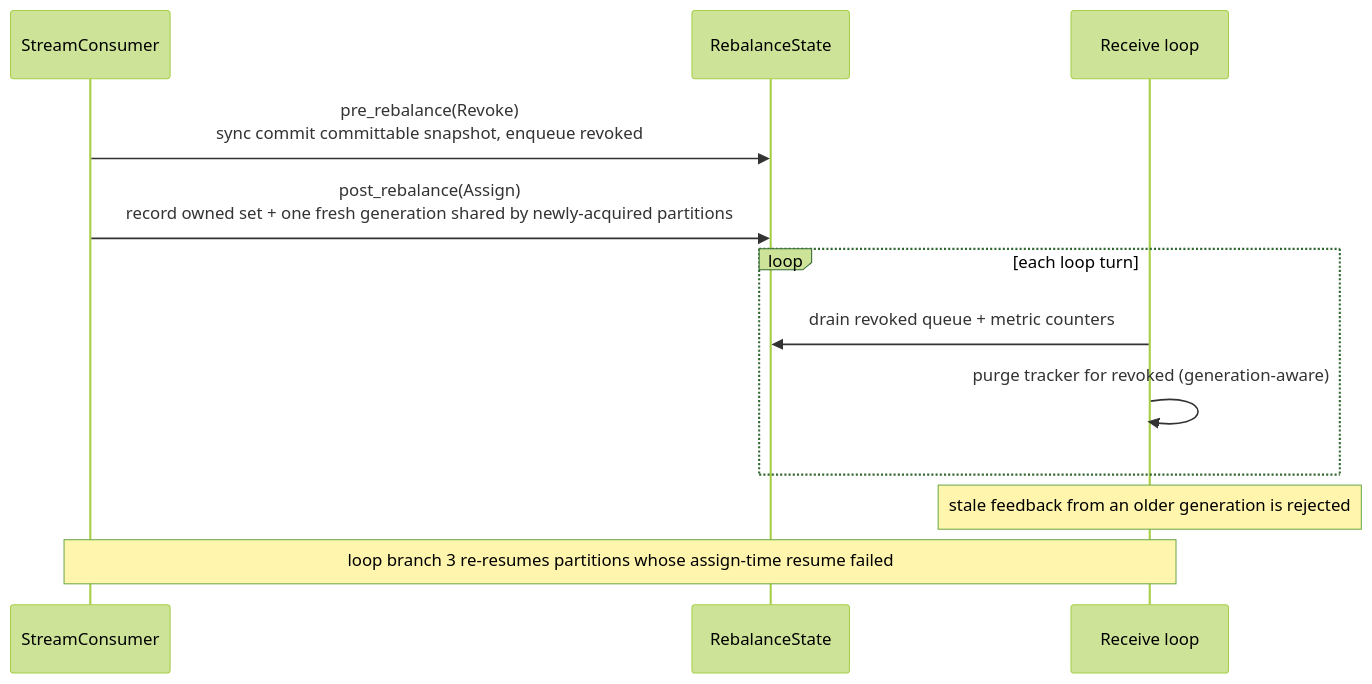
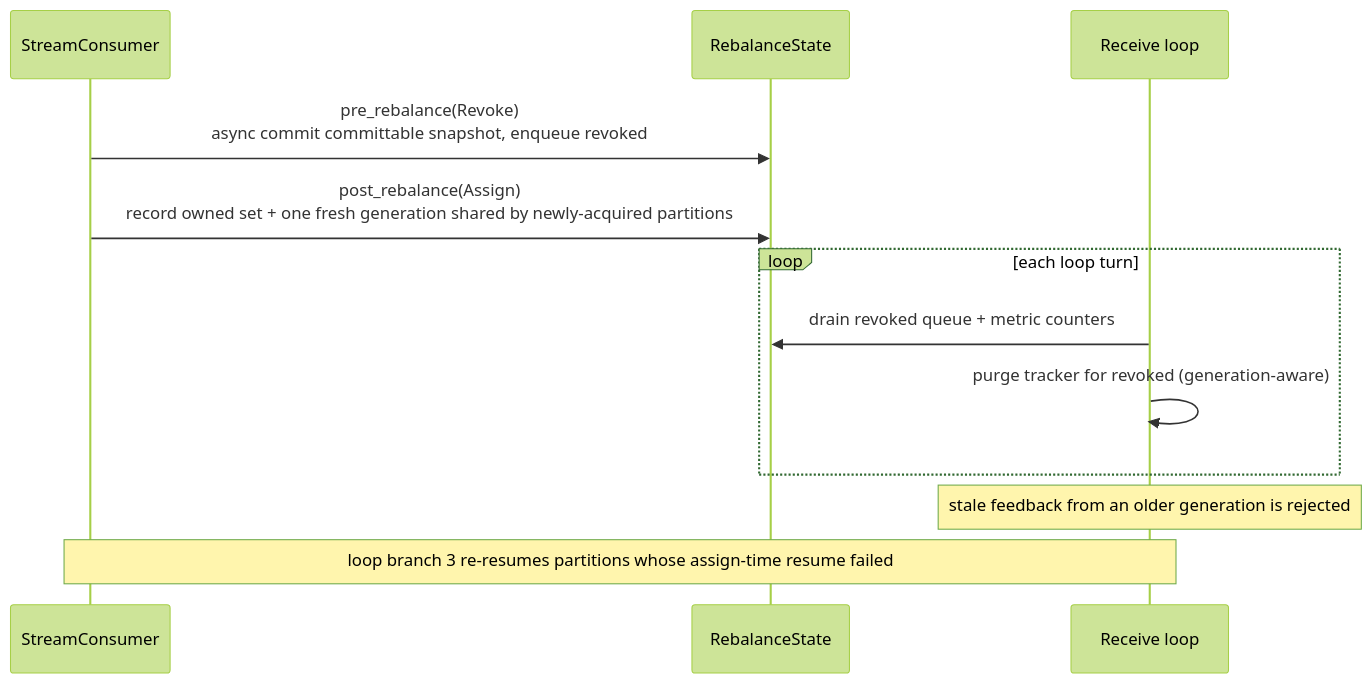
The fourth of 5 diagrams in rust/otap-dataflow/crates/contrib-nodes/src/receivers/kafka_receiver/ARCHITECTURE.md (open-telemetry/otel-arrow), drawn with Mermaid (forest theme) before and after one commit. The commit also changed other lines of this file and 6 other files, not shown here.

Commit message:
use async commit instead of sync

````diff
--- a/rust/otap-dataflow/crates/contrib-nodes/src/receivers/kafka_receiver/ARCHITECTURE.md
+++ b/rust/otap-dataflow/crates/contrib-nodes/src/receivers/kafka_receiver/ARCHITECTURE.md
@@ -259,15 +244,15 @@
 ```mermaid
 sequenceDiagram
     participant SC as StreamConsumer
     participant SH as RebalanceState
     participant LP as Receive loop
 
-    SC->>SH: pre_rebalance(Revoke)<br/>sync commit committable snapshot, enqueue revoked
+    SC->>SH: pre_rebalance(Revoke)<br/>async commit committable snapshot, enqueue revoked
     SC->>SH: post_rebalance(Assign)<br/>record owned set + one fresh generation shared by newly-acquired partitions
     loop each loop turn
         LP->>SH: drain revoked queue + metric counters
         LP->>LP: purge tracker for revoked (generation-aware)
     end
     Note over LP: stale feedback from an older generation is rejected
     Note over SC,LP: loop branch 3 re-resumes partitions whose assign-time resume failed
 ```
````
